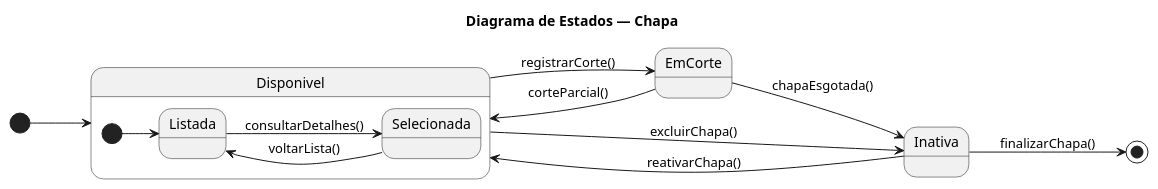
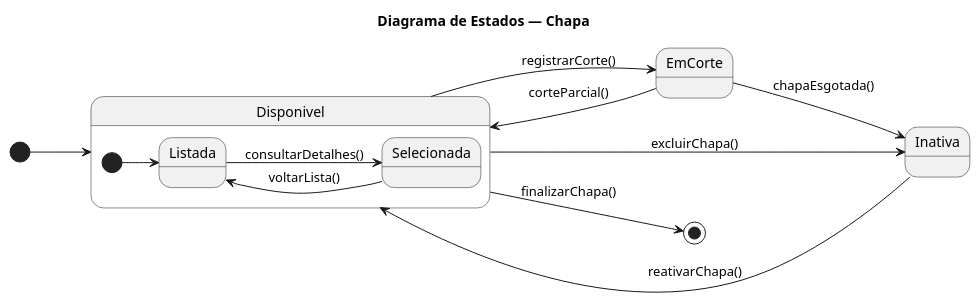
The first of 3 diagrams in DIAGRAMA_ESTADOS.md (WlFerrari/TetusManager), drawn with PlantUML before and after one commit. The commit also changed other lines of this file and 21 other files, not shown here.

````diff
--- a/DIAGRAMA_ESTADOS.md
+++ b/DIAGRAMA_ESTADOS.md
@@ -5,22 +5,22 @@
 ```plantuml
 @startuml
 left to right direction
 title Diagrama de Estados — Chapa
 [*] --> Disponivel
 
 Disponivel --> EmCorte : registrarCorte()
 EmCorte --> Disponivel : corteParcial()
 EmCorte --> Inativa : chapaEsgotada()
 
 Disponivel --> Inativa : excluirChapa()
 Inativa --> Disponivel : reativarChapa()
-Inativa --> [*] : finalizarChapa()
+Disponivel --> [*] : finalizarChapa()
 
 state "Disponivel" as Disponivel {
   [*] --> Listada
   Listada --> Selecionada : consultarDetalhes()
   Selecionada --> Listada : voltarLista()
 }
 
 @enduml
 ```
````
